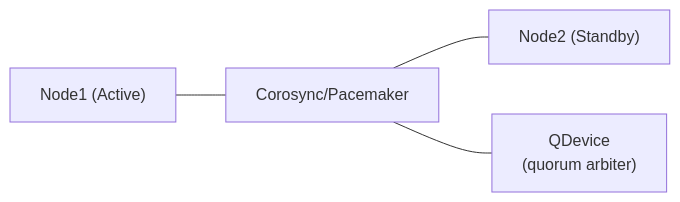
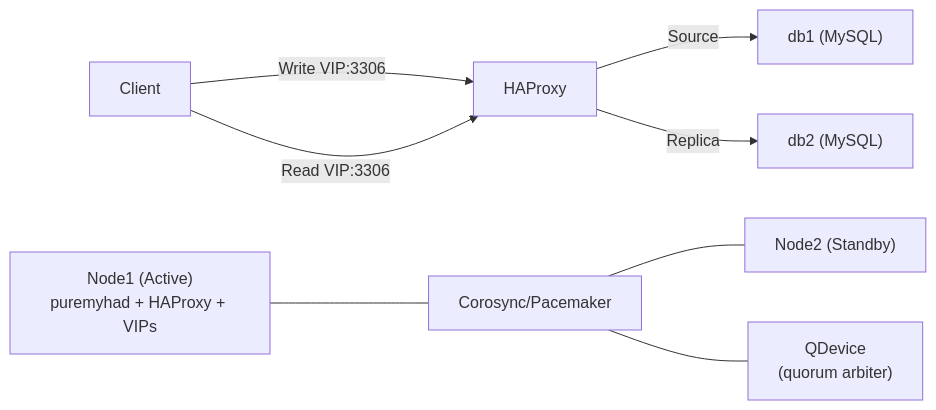
One commit to ikaro1192/PureMyHA changed the diagram in docs/daemon-ha.md. Above: the diagram before and after it, drawn with Mermaid. The commit also changed other lines of this file and 10 other files, not shown here.

First line of the commit message:
feat: add HAProxy integration to Pacemaker sample

````diff
--- a/docs/daemon-ha.md
+++ b/docs/daemon-ha.md
@@ -12,6 +12,10 @@
 ```mermaid
 graph LR
-    Node1["Node1 (Active)"] --- Pacemaker["Corosync/Pacemaker"]
+    Client["Client"] -->|"Write VIP:3306"| HAProxy["HAProxy"]
+    Client -->|"Read VIP:3306"| HAProxy
+    HAProxy -->|"Source"| DB1["db1 (MySQL)"]
+    HAProxy -->|"Replica"| DB2["db2 (MySQL)"]
+    Node1["Node1 (Active)\npuremyhad + HAProxy + VIPs"] --- Pacemaker["Corosync/Pacemaker"]
     Pacemaker --- Node2["Node2 (Standby)"]
     Pacemaker --- QDevice["QDevice\n(quorum arbiter)"]
 ```
````
